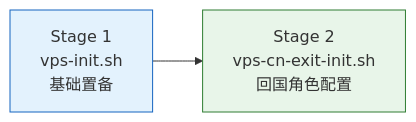
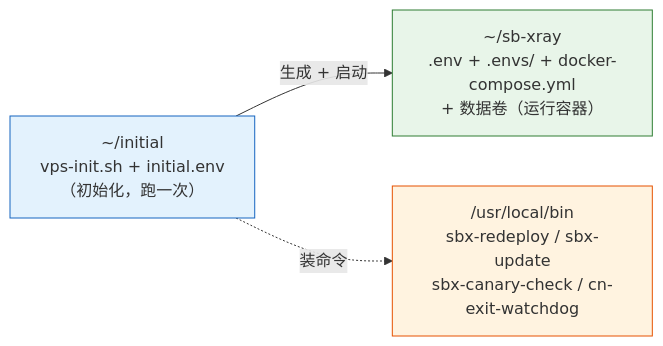
One commit to currycan/sb-xray changed the first of 2 diagrams in sources/vps/README.md. Above: the diagram before and after it, drawn with Mermaid. The commit also changed other lines of this file and 9 other files, not shown here.

First line of the commit message:
refactor(vps): 合并 init 为单脚本 vps-init.sh + 新增运行时更新脚本 (#69)

````diff
--- a/sources/vps/README.md
+++ b/sources/vps/README.md
@@ -9,6 +11,8 @@
 ```mermaid
 flowchart LR
-    S1["Stage 1<br/>vps-init.sh<br/>基础置备"] --> S2["Stage 2<br/>vps-cn-exit-init.sh<br/>回国角色配置"]
-    style S1 fill:#e3f2fd,stroke:#1565c0
-    style S2 fill:#e8f5e9,stroke:#2e7d32
+    I["~/initial<br/>vps-init.sh + initial.env<br/>（初始化，跑一次）"] -->|生成 + 启动| R["~/sb-xray<br/>.env + .envs/ + docker-compose.yml<br/>+ 数据卷（运行容器）"]
+    I -.->|装命令| B["/usr/local/bin<br/>sbx-redeploy / sbx-update<br/>sbx-canary-check / cn-exit-watchdog"]
+    style I fill:#e3f2fd,stroke:#1565c0
+    style R fill:#e8f5e9,stroke:#2e7d32
+    style B fill:#fff3e0,stroke:#e65100
 ```
````
